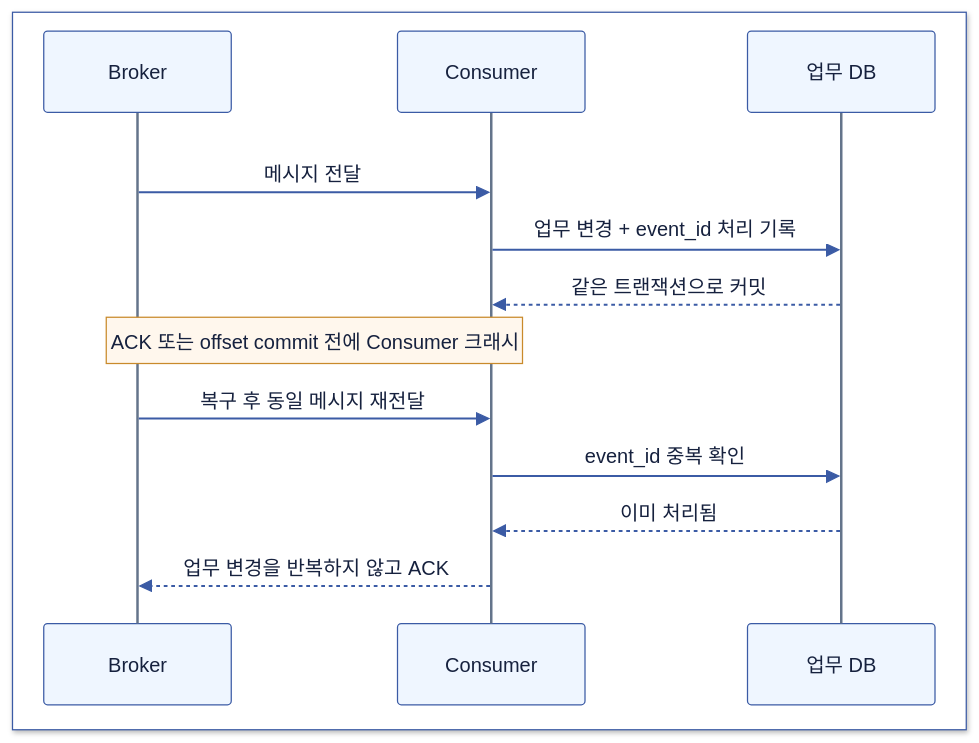
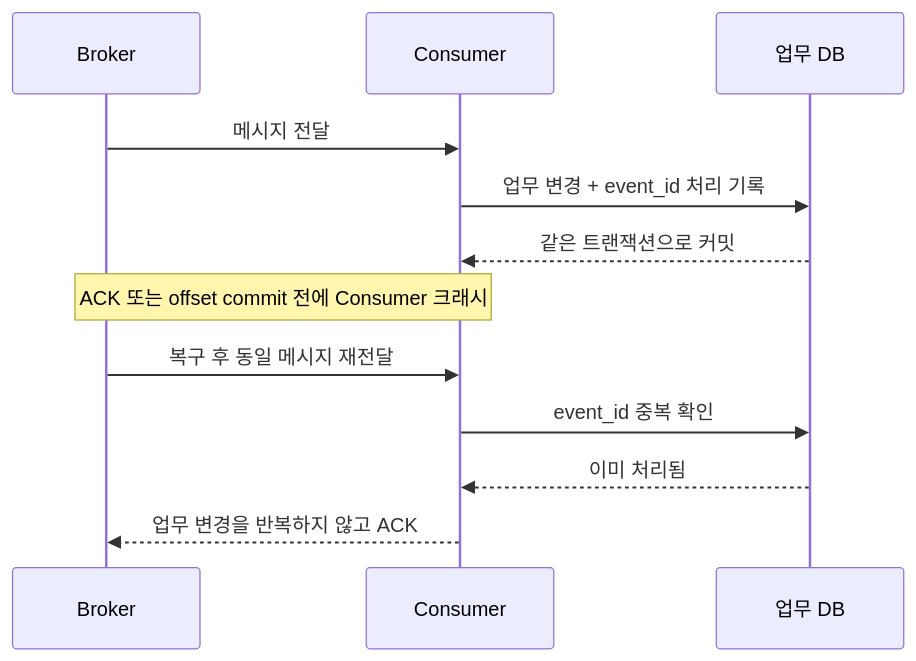
One commit to Hyune-s-lab/my-ai-study changed the eighth of 8 diagrams in computer-science/2607-message-queue.md. Above: the diagram before and after it, drawn with Mermaid. The commit also changed other lines of this file and 49 other files, not shown here.

Commit message:
docs: 단순 다이어그램은 Mermaid로, 복잡한 배치는 SVG로 정리

````diff
--- a/computer-science/2607-message-queue.md
+++ b/computer-science/2607-message-queue.md
@@ -470,19 +412,14 @@
 ```mermaid
 sequenceDiagram
-%%{init: {"theme": "base", "darkMode": false, "themeVariables": {"background": "#ffffff", "primaryColor": "#EFF6FF", "primaryTextColor": "#16213E", "primaryBorderColor": "#3B5BA5", "secondaryColor": "#F0FDF4", "tertiaryColor": "#FAF5FF", "lineColor": "#3B5BA5", "textColor": "#16213E", "edgeLabelBackground": "#ffffff", "actorBkg": "#EFF6FF", "actorBorder": "#3B5BA5", "actorTextColor": "#16213E", "signalColor": "#3B5BA5", "signalTextColor": "#16213E", "noteBkgColor": "#FFF7ED", "noteBorderColor": "#C98A2B", "noteTextColor": "#16213E", "labelBoxBkgColor": "#EFF6FF", "labelTextColor": "#16213E", "loopTextColor": "#16213E", "actorLineColor": "#64748B", "labelBoxBorderColor": "#3B5BA5"}}}%%
-  box rgb(255, 255, 255)
-    participant B as Broker
-    participant C as Consumer
-    participant D as 업무 DB
-  end
-  rect rgb(255, 255, 255)
-    B->>C: 메시지 전달
-    C->>D: 업무 변경 + event_id 처리 기록
-    D-->>C: 같은 트랜잭션으로 커밋
-    Note over B,C: ACK 또는 offset commit 전에 Consumer 크래시
-    B->>C: 복구 후 동일 메시지 재전달
-    C->>D: event_id 중복 확인
-    D-->>C: 이미 처리됨
-    C-->>B: 업무 변경을 반복하지 않고 ACK
-  end
+  participant B as Broker
+  participant C as Consumer
+  participant D as 업무 DB
+  B->>C: 메시지 전달
+  C->>D: 업무 변경 + event_id 처리 기록
+  D-->>C: 같은 트랜잭션으로 커밋
+  Note over B,C: ACK 또는 offset commit 전에 Consumer 크래시
+  B->>C: 복구 후 동일 메시지 재전달
+  C->>D: event_id 중복 확인
+  D-->>C: 이미 처리됨
+  C-->>B: 업무 변경을 반복하지 않고 ACK
 ```
````
